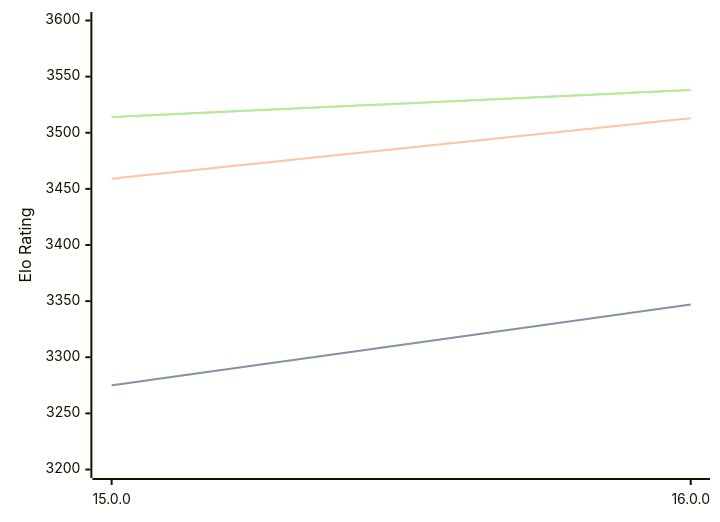
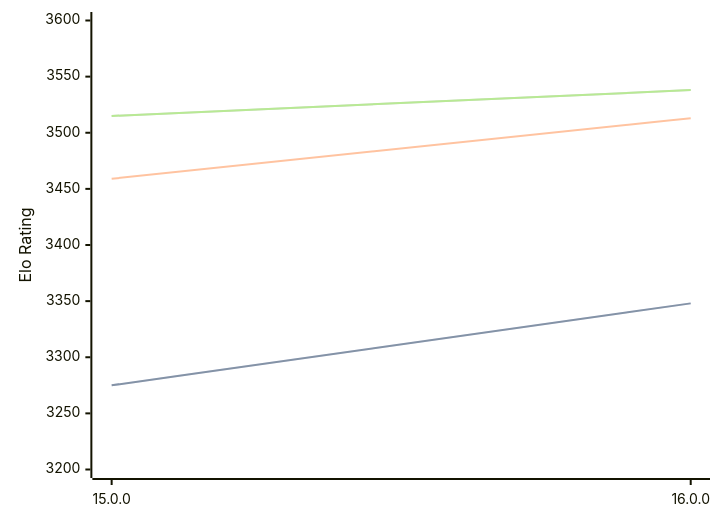
Before and after one commit to computer-chess-index/cci: the diagram in engines/Halogen.md, drawn with Mermaid. The commit also changed other lines of this file, not shown here.

Commit message:
Update CCI Ratings (ELO VLTC) - 2026-07-24

````diff
--- a/engines/Halogen.md
+++ b/engines/Halogen.md
@@ -50,11 +50,11 @@
 ```mermaid
 %%{init: {"theme":"base","themeVariables":{"seriesColors:['#a3a3a3','#222221','#faa371']}}}%%
 xychart-beta
   x-axis ["15.0.0", "16.0.0"]
   y-axis "Elo Rating" 3200 --> 3600
-  line "STC (8.0+0.08s)" [3275, 3347]
-  line "STC (8.0+0.08s)" [3275, 3347]
+  line "STC (8.0+0.08s)" [3275, 3348]
+  line "STC (8.0+0.08s)" [3275, 3348]
   line "LTC (60.0+0.60s)" [3459, 3513]
-  line "VLTC (2m24s+1.12s)" [3514, 3538]
-  line "VLTC (2m24s+1.12s)" [3514, 3538]
+  line "VLTC (2m24s+1.12s)" [3515, 3538]
+  line "VLTC (2m24s+1.12s)" [3515, 3538]
 ```
````
